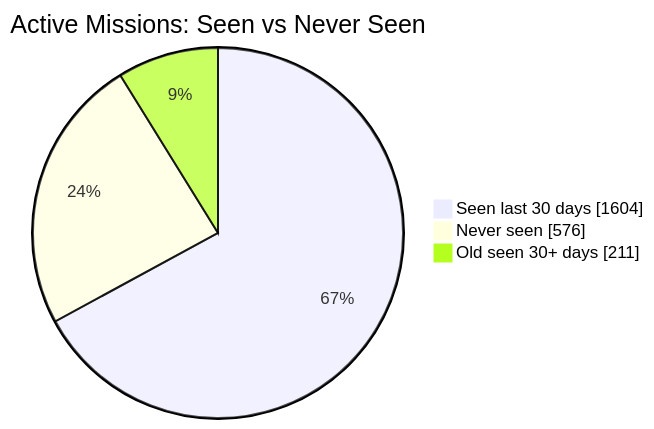
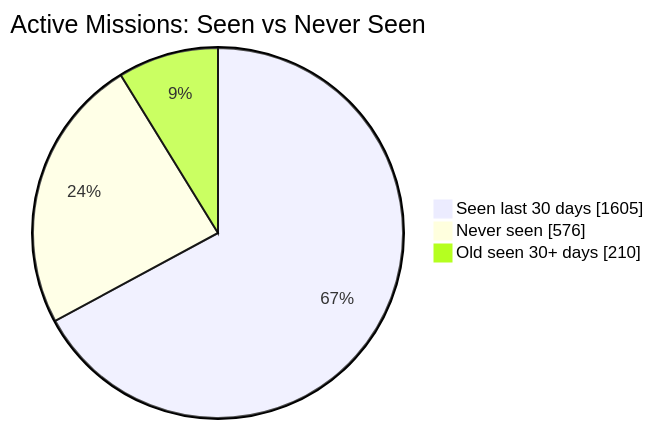
Before and after one commit to MeldkamerspelGameTeam/active-missions: the first of 2 diagrams in README.md, drawn with Mermaid. The commit also changed other lines of this file and 3 other files, not shown here.

````diff
--- a/README.md
+++ b/README.md
@@ -34,7 +34,7 @@
 ```mermaid
 pie showData
     title Active Missions: Seen vs Never Seen
-    "Seen last 30 days" : 1604
+    "Seen last 30 days" : 1605
     "Never seen" : 576
-    "Old seen 30+ days" : 211
+    "Old seen 30+ days" : 210
 ```
````
